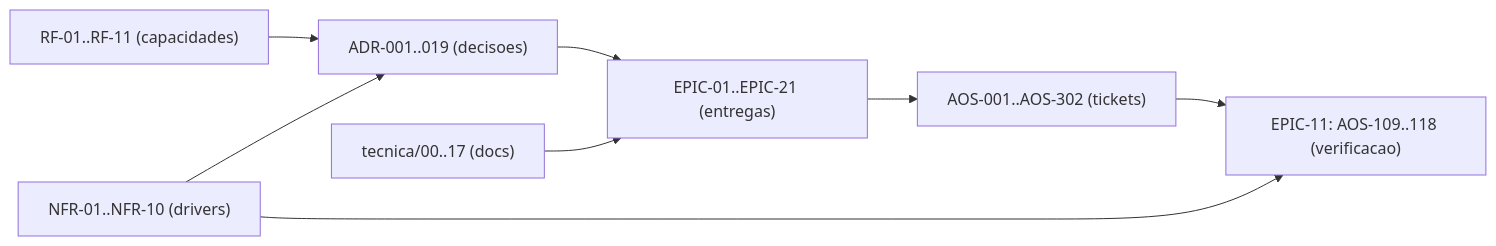
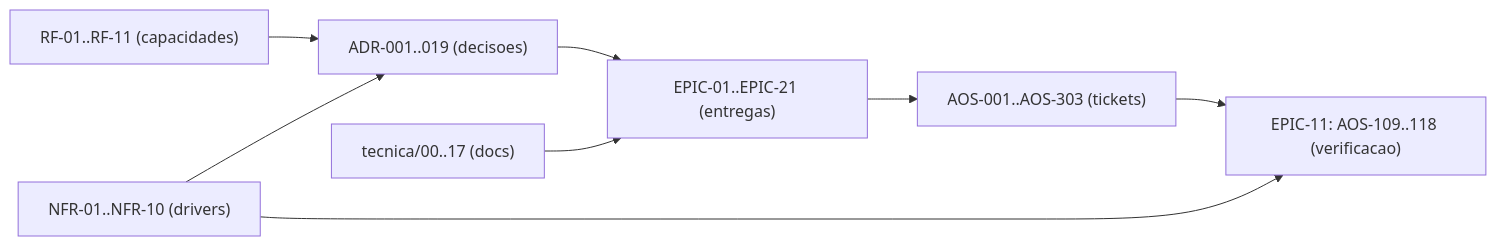
Before and after one commit to albinoJimy/aos: the diagram in tecnica/16_Rastreabilidade_RTM.md, drawn with Mermaid. The commit also changed other lines of this file and 1 other file, not shown here.

````diff
--- a/tecnica/16_Rastreabilidade_RTM.md
+++ b/tecnica/16_Rastreabilidade_RTM.md
@@ -172,10 +172,10 @@
 ```mermaid
 flowchart LR
     RF["RF-01..RF-11 (capacidades)"] --> ADR["ADR-001..019 (decisoes)"]
     NFR["NFR-01..NFR-10 (drivers)"] --> ADR
     ADR --> EPIC["EPIC-01..EPIC-21 (entregas)"]
-    EPIC --> TICK["AOS-001..AOS-302 (tickets)"]
+    EPIC --> TICK["AOS-001..AOS-303 (tickets)"]
     DOC["tecnica/00..17 (docs)"] --> EPIC
     TICK --> TEST["EPIC-11: AOS-109..118 (verificacao)"]
     NFR --> TEST
 ```
````
